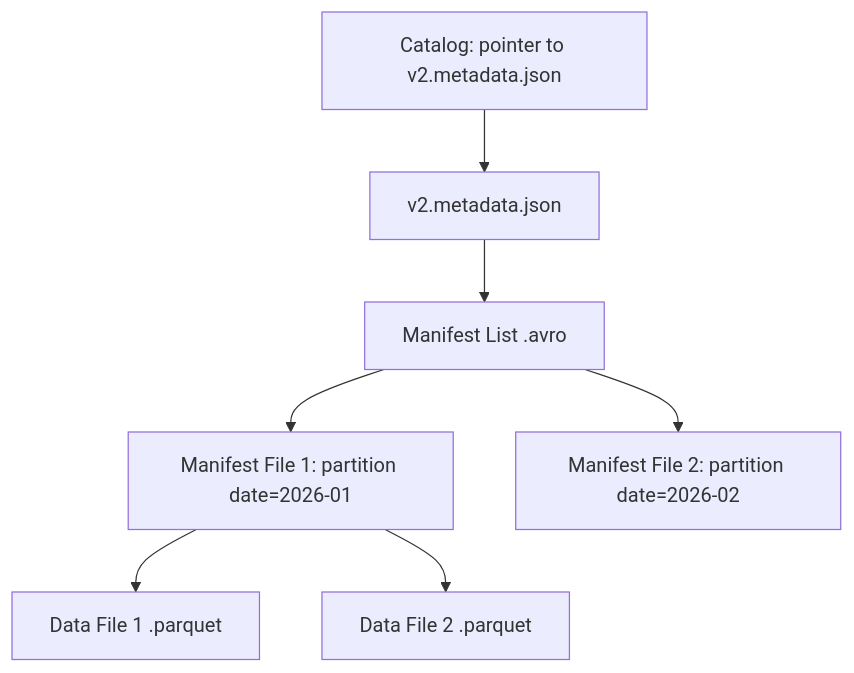
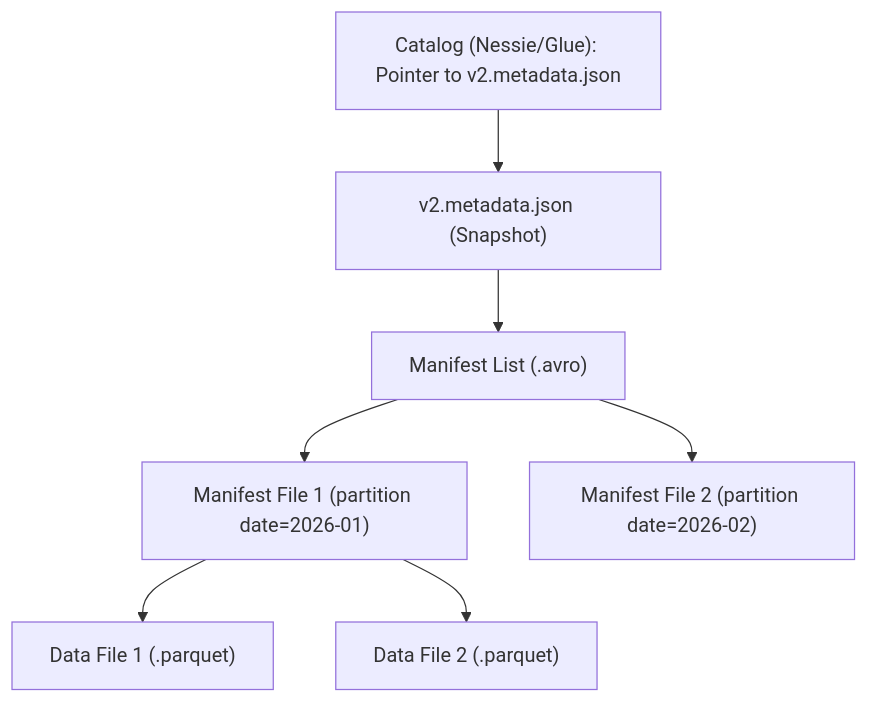
Before and after one commit to kythuatdulieu/kythuatdulieu.github.io: the second of 2 diagrams in src/content/docs/concepts/3-storage-engines-formats/acid-transactions-on-lake.md, drawn with Mermaid. The commit also changed other lines of this file and 228 other files, not shown here.

Commit message:
Fix syntax and rewrite 200+ concepts docs to deep-dive system architecture and add GA4 tracking to quiz app

````diff
--- a/src/content/docs/concepts/3-storage-engines-formats/acid-transactions-on-lake.md
+++ b/src/content/docs/concepts/3-storage-engines-formats/acid-transactions-on-lake.md
@@ -88,9 +92,9 @@
 ```mermaid
 graph TD
-    Cat["Catalog: pointer to v2.metadata.json"] --> Meta["v2.metadata.json"]
-    Meta --> ML["Manifest List .avro"]
-    ML --> M1["Manifest File 1: partition date=2026-01"]
-    ML --> M2["Manifest File 2: partition date=2026-02"]
-    M1 --> D1["Data File 1 .parquet"]
-    M1 --> D2["Data File 2 .parquet"]
+    Cat["Catalog (Nessie/Glue): Pointer to v2.metadata.json"] --> Meta["v2.metadata.json (Snapshot)"]
+    Meta --> ML["Manifest List (.avro)"]
+    ML --> M1["Manifest File 1 (partition date=2026-01)"]
+    ML --> M2["Manifest File 2 (partition date=2026-02)"]
+    M1 --> D1["Data File 1 (.parquet)"]
+    M1 --> D2["Data File 2 (.parquet)"]
 ```
````
